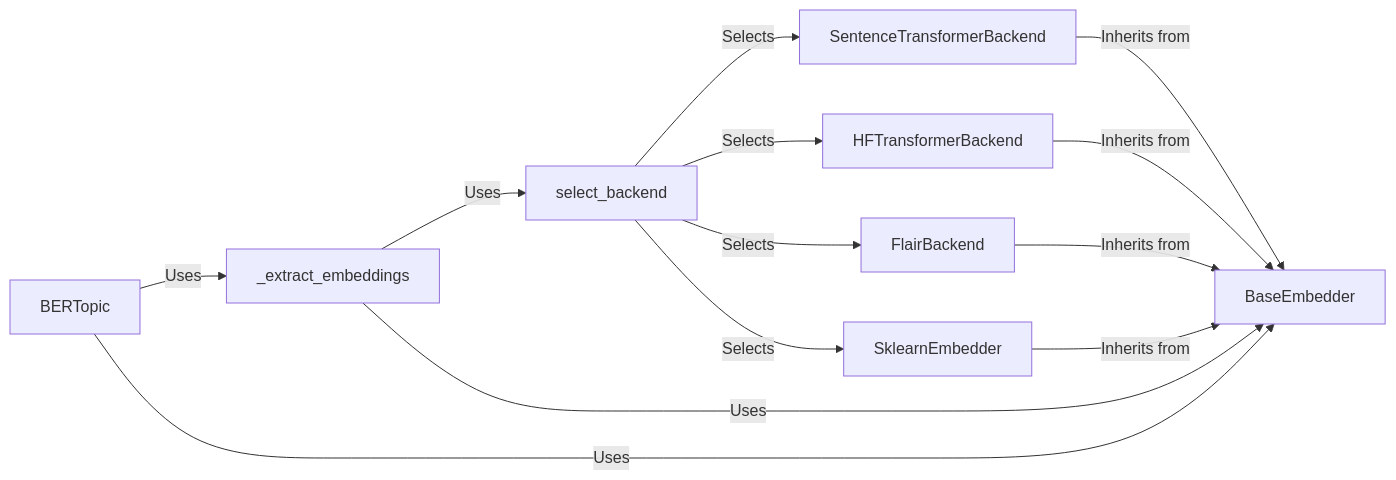
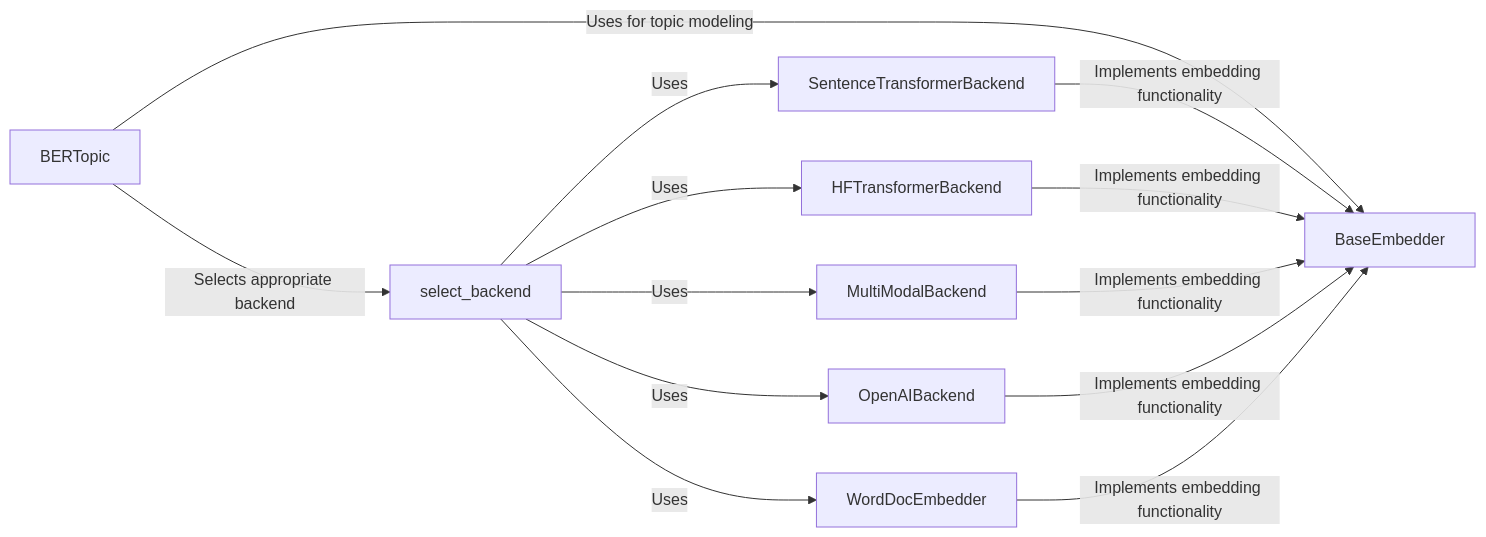
One commit to CodeBoarding/GeneratedOnBoardings changed the diagram in BERTopic/Embedding Handler.md. Above: the diagram before and after it, drawn with Mermaid. The commit also changed other lines of this file and 12 other files, not shown here.

````diff
--- a/BERTopic/Embedding Handler.md
+++ b/BERTopic/Embedding Handler.md
@@ -1,23 +1,23 @@
 ```mermaid
 graph LR
     BERTopic["BERTopic"]
     BaseEmbedder["BaseEmbedder"]
-    select_backend["select_backend"]
     SentenceTransformerBackend["SentenceTransformerBackend"]
     HFTransformerBackend["HFTransformerBackend"]
-    FlairBackend["FlairBackend"]
-    SklearnEmbedder["SklearnEmbedder"]
-    _extract_embeddings["_extract_embeddings"]
-    BERTopic -- "Uses" --> _extract_embeddings
-    _extract_embeddings -- "Uses" --> select_backend
-    SentenceTransformerBackend -- "Inherits from" --> BaseEmbedder
-    HFTransformerBackend -- "Inherits from" --> BaseEmbedder
-    FlairBackend -- "Inherits from" --> BaseEmbedder
-    SklearnEmbedder -- "Inherits from" --> BaseEmbedder
-    select_backend -- "Selects" --> SentenceTransformerBackend
-    select_backend -- "Selects" --> HFTransformerBackend
-    select_backend -- "Selects" --> FlairBackend
-    select_backend -- "Selects" --> SklearnEmbedder
-    BERTopic -- "Uses" --> BaseEmbedder
-    _extract_embeddings -- "Uses" --> BaseEmbedder
+    MultiModalBackend["MultiModalBackend"]
+    select_backend["select_backend"]
+    OpenAIBackend["OpenAIBackend"]
+    WordDocEmbedder["WordDocEmbedder"]
+    BERTopic -- "Uses for topic modeling" --> BaseEmbedder
+    SentenceTransformerBackend -- "Implements embedding functionality" --> BaseEmbedder
+    HFTransformerBackend -- "Implements embedding functionality" --> BaseEmbedder
+    MultiModalBackend -- "Implements embedding functionality" --> BaseEmbedder
+    BERTopic -- "Selects appropriate backend" --> select_backend
+    OpenAIBackend -- "Implements embedding functionality" --> BaseEmbedder
+    WordDocEmbedder -- "Implements embedding functionality" --> BaseEmbedder
+    select_backend -- "Uses" --> SentenceTransformerBackend
+    select_backend -- "Uses" --> HFTransformerBackend
+    select_backend -- "Uses" --> MultiModalBackend
+    select_backend -- "Uses" --> OpenAIBackend
+    select_backend -- "Uses" --> WordDocEmbedder
 ```
````
